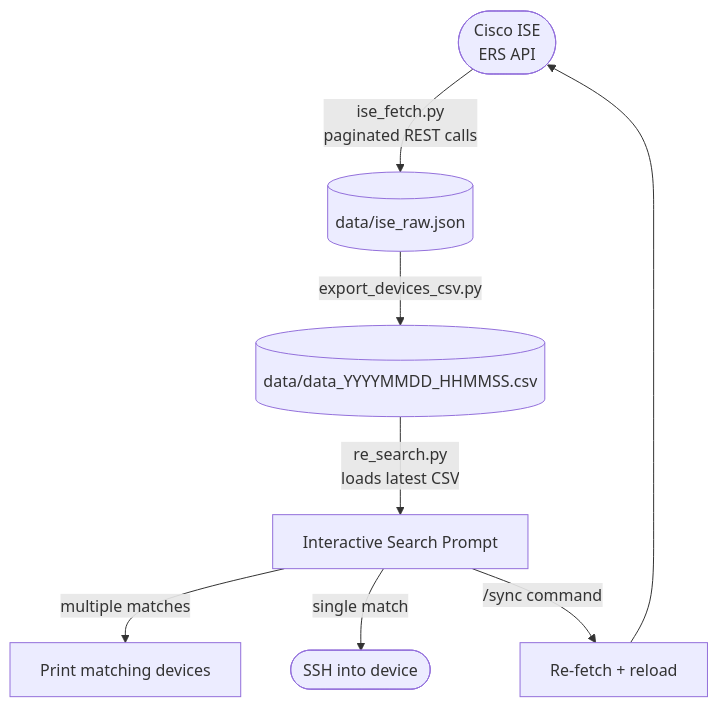
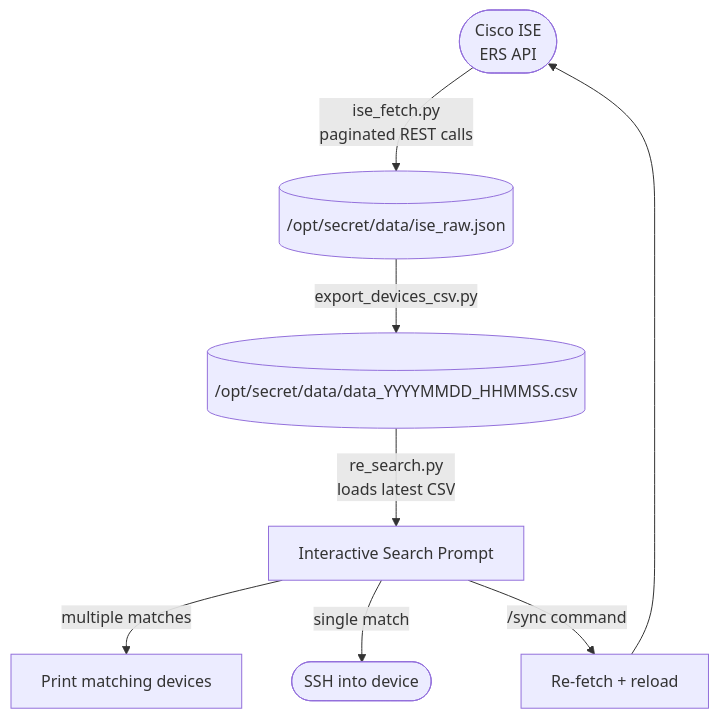
The diagram in README.md (EspressoByte/gatekeeper), drawn with Mermaid before and after one commit. The commit also changed other lines of this file, not shown here.

````diff
--- a/README.md
+++ b/README.md
@@ -31,13 +31,13 @@
 ```mermaid
 flowchart TD
     A([Cisco ISE
         ERS API]) -->|ise_fetch.py
-        paginated REST calls| B[(data/ise_raw.json)]
-    B -->|export_devices_csv.py| C[(data/data_YYYYMMDD_HHMMSS.csv)]
+        paginated REST calls| B[(/opt/secret/data/ise_raw.json)]
+    B -->|export_devices_csv.py| C[(/opt/secret/data/data_YYYYMMDD_HHMMSS.csv)]
     C -->|re_search.py
         loads latest CSV| D[Interactive Search Prompt]
     D -->|multiple matches| E[Print matching devices]
     D -->|single match| F([SSH into device])
     D -->|/sync command| G[Re-fetch + reload]
     G --> A
 ```
````
